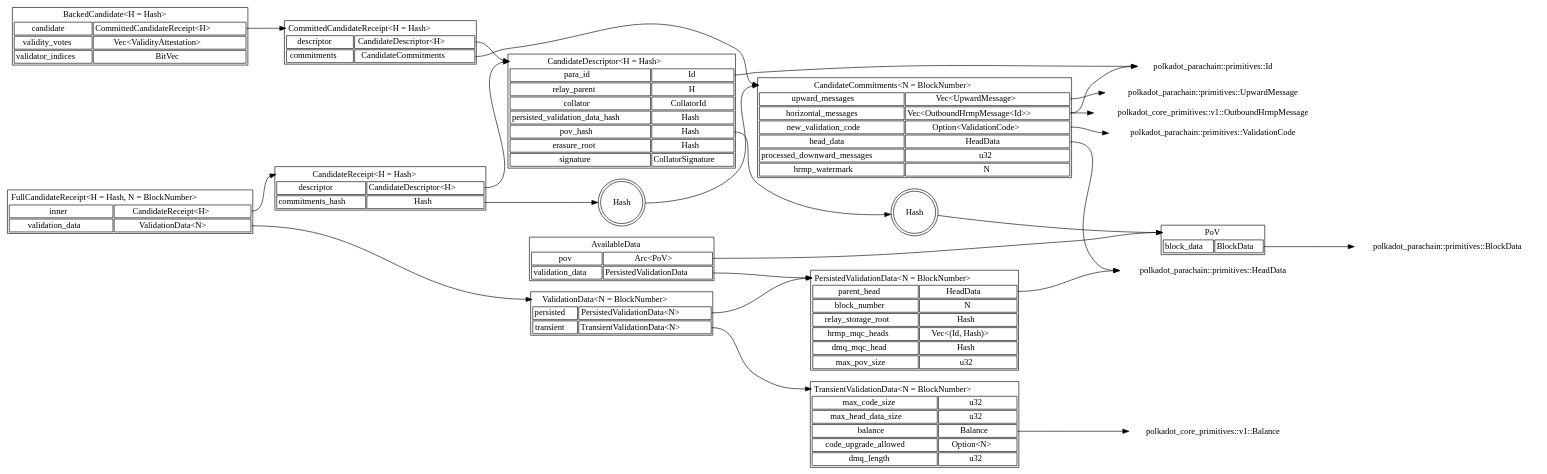
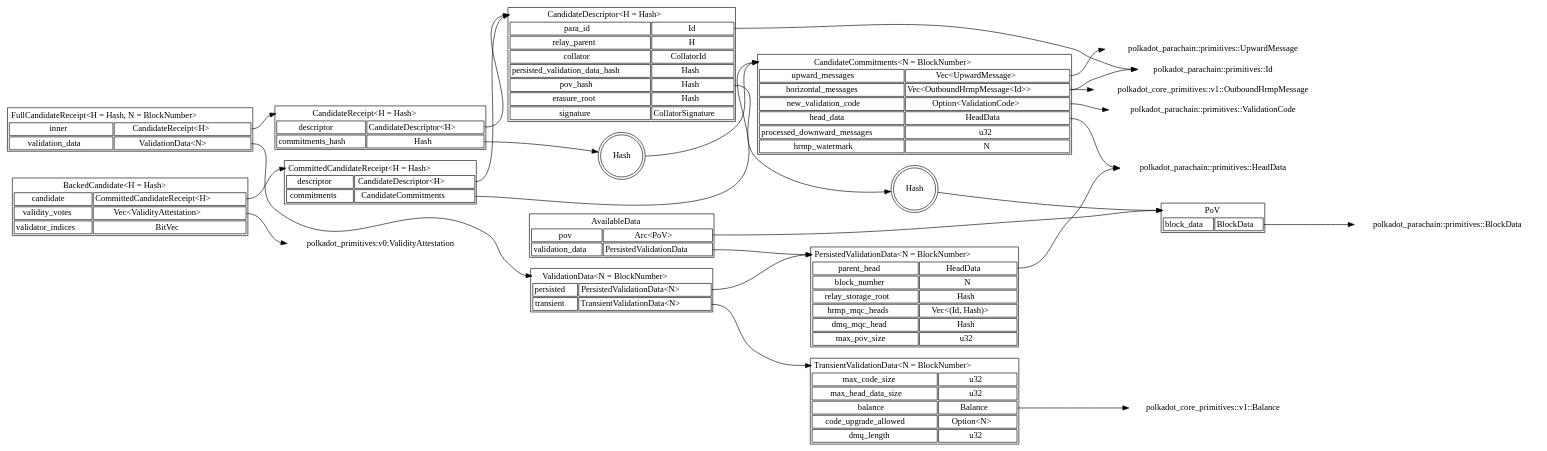
Before and after one commit to paritytech/polkadot: the diagram in roadmap/implementers-guide/src/types/README.md, drawn with Graphviz.

Commit message:
show provenance of ValidityAttestation

```diff
--- a/roadmap/implementers-guide/src/types/README.md
+++ b/roadmap/implementers-guide/src/types/README.md
@@ -143,6 +143,7 @@
     >]
 
     BackedCandidate:candidate -> CommittedCandidateReceipt:name
+    BackedCandidate:validity_votes  -> "polkadot_primitives:v0:ValidityAttestation":w
 
     AvailableData [label = <
         <table>
```
